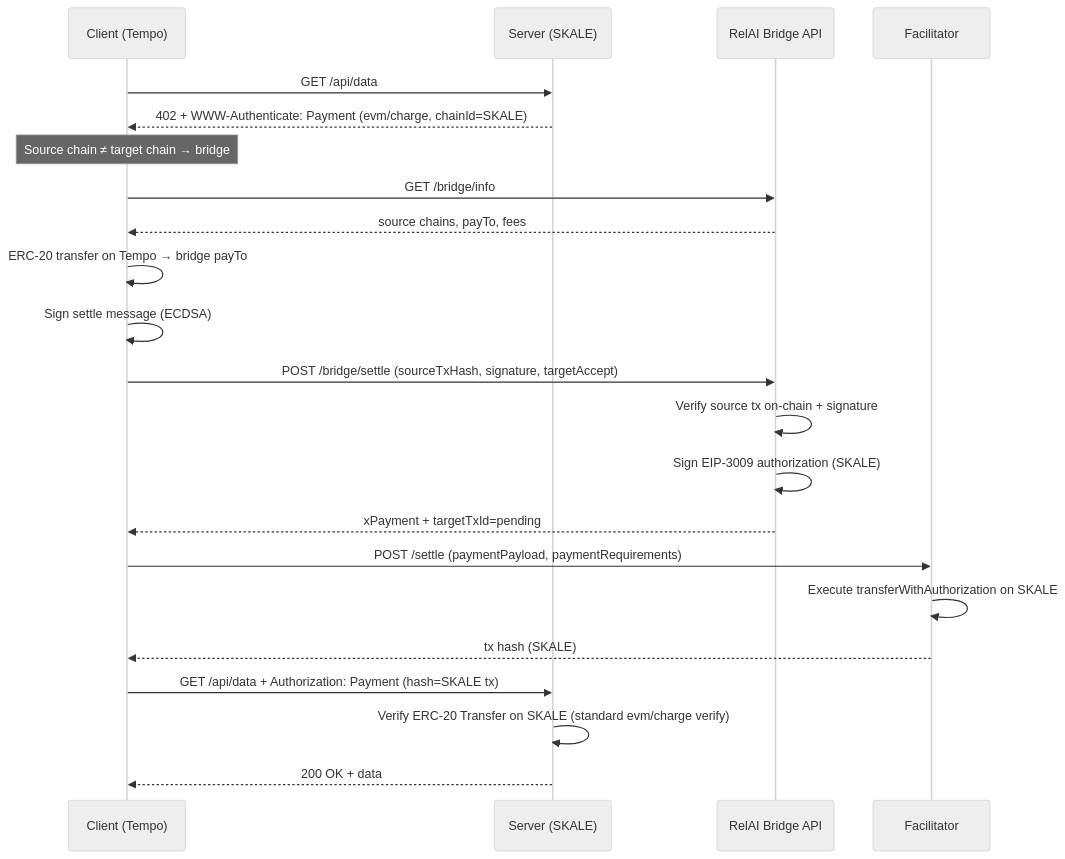
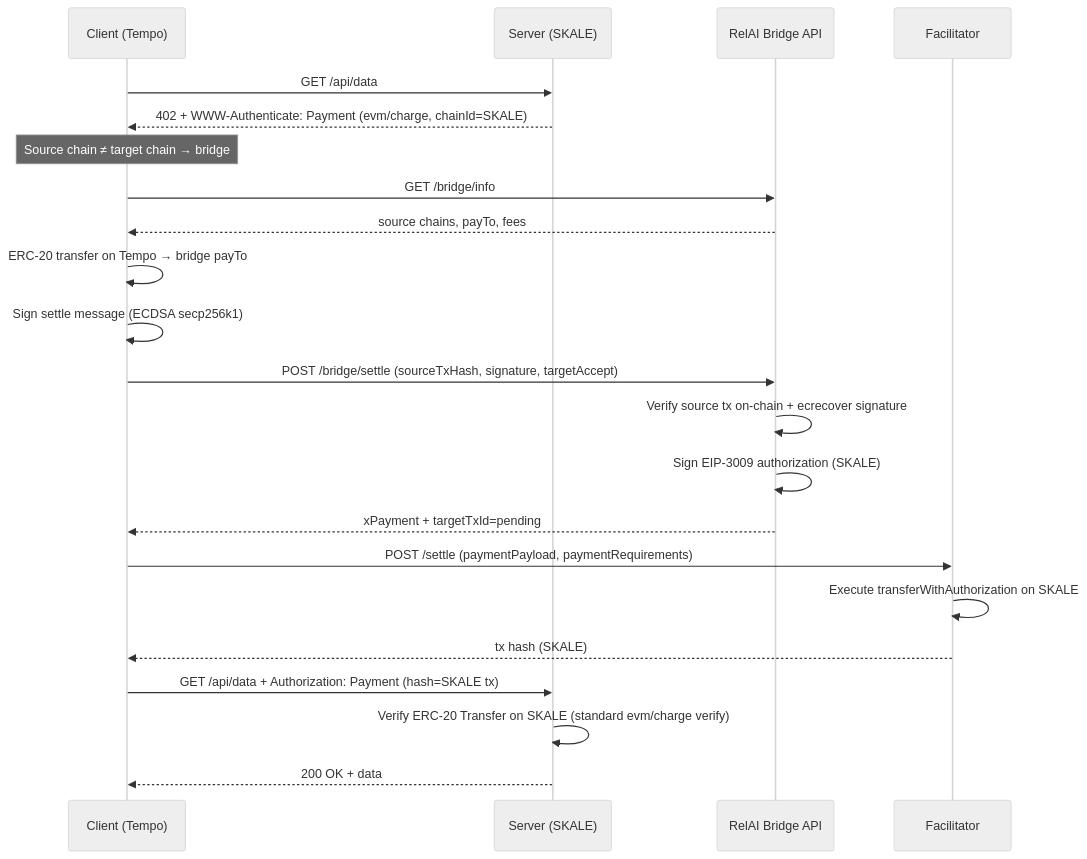
The second of 5 diagrams in README.md (web3luka/relai-sdk), drawn with Mermaid (neutral theme) before and after one commit. The commit also changed other lines of this file and 15 other files, not shown here.

First line of the commit message:
feat: add cross-chain bridge tests, x402 examples, and EVM improvements

````diff
--- a/README.md
+++ b/README.md
@@ -1526,30 +1528,30 @@
 ```mermaid
 sequenceDiagram
     participant Client as Client (Tempo)
     participant Server as Server (SKALE)
     participant Bridge as RelAI Bridge API
     participant Facilitator as Facilitator
 
     Client->>Server: GET /api/data
     Server-->>Client: 402 + WWW-Authenticate: Payment (evm/charge, chainId=SKALE)
 
     Note over Client: Source chain ≠ target chain → bridge
 
     Client->>Bridge: GET /bridge/info
     Bridge-->>Client: source chains, payTo, fees
 
     Client->>Client: ERC-20 transfer on Tempo → bridge payTo
-    Client->>Client: Sign settle message (ECDSA)
+    Client->>Client: Sign settle message (ECDSA secp256k1)
     Client->>Bridge: POST /bridge/settle (sourceTxHash, signature, targetAccept)
-    Bridge->>Bridge: Verify source tx on-chain + signature
+    Bridge->>Bridge: Verify source tx on-chain + ecrecover signature
     Bridge->>Bridge: Sign EIP-3009 authorization (SKALE)
     Bridge-->>Client: xPayment + targetTxId=pending
 
     Client->>Facilitator: POST /settle (paymentPayload, paymentRequirements)
     Facilitator->>Facilitator: Execute transferWithAuthorization on SKALE
     Facilitator-->>Client: tx hash (SKALE)
 
     Client->>Server: GET /api/data + Authorization: Payment (hash=SKALE tx)
     Server->>Server: Verify ERC-20 Transfer on SKALE (standard evm/charge verify)
     Server-->>Client: 200 OK + data
 ```
````
